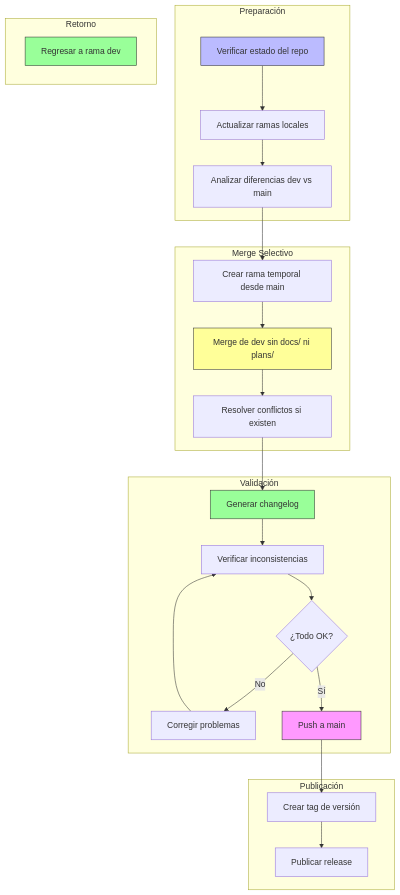
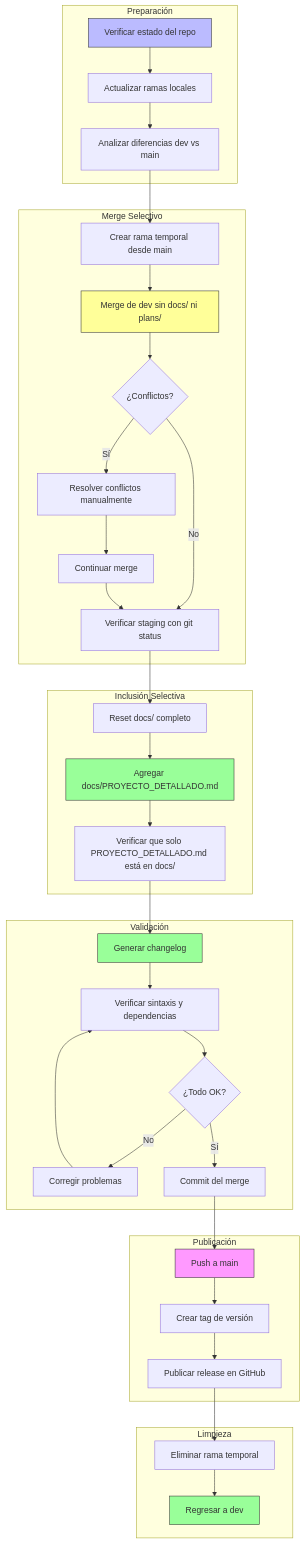
One commit to ersus93/bbalert changed the diagram in plans/merge-dev-to-main-plan.md. Above: the diagram before and after it, drawn with Mermaid. The commit also changed other lines of this file and 4 other files, not shown here.

First line of the commit message:
feat(graf): rewrite chart command with OHLCV generation and timeframe switching

````diff
--- a/plans/merge-dev-to-main-plan.md
+++ b/plans/merge-dev-to-main-plan.md
@@ -45,37 +85,50 @@
 ```mermaid
 flowchart TB
     subgraph Preparación
         A[Verificar estado del repo] --> B[Actualizar ramas locales]
         B --> C[Analizar diferencias dev vs main]
     end
-    
+
     subgraph Merge Selectivo
         C --> D[Crear rama temporal desde main]
         D --> E[Merge de dev sin docs/ ni plans/]
-        E --> F[Resolver conflictos si existen]
-    end
-    
-    subgraph Validación
-        F --> G[Generar changelog]
-        G --> H[Verificar inconsistencias]
-        H --> I{¿Todo OK?}
-        I -->|No| J[Corregir problemas]
-        J --> H
-        I -->|Sí| K[Push a main]
-    end
-    
-    subgraph Publicación
-        K --> L[Crear tag de versión]
-        L --> M[Publicar release]
+        E --> F{¿Conflictos?}
+        F -->|Sí| G[Resolver conflictos manualmente]
+        G --> E2[Continuar merge]
+        F -->|No| H[Verificar staging con git status]
+        E2 --> H
     end
 
-    subgraph Retorno
-        N[Regresar a rama dev]
+    subgraph Inclusión Selectiva
+        H --> I[Reset docs/ completo]
+        I --> J[Agregar docs/PROYECTO_DETALLADO.md]
+        J --> K[Verificar que solo PROYECTO_DETALLADO.md está en docs/]
+    end
+
+    subgraph Validación
+        K --> L[Generar changelog]
+        L --> M[Verificar sintaxis y dependencias]
+        M --> N{¿Todo OK?}
+        N -->|No| O[Corregir problemas]
+        O --> M
+        N -->|Sí| P[Commit del merge]
+    end
+
+    subgraph Publicación
+        P --> Q[Push a main]
+        Q --> R[Crear tag de versión]
+        R --> S[Publicar release en GitHub]
+    end
+
+    subgraph Limpieza
+        S --> T[Eliminar rama temporal]
+        T --> U[Regresar a dev]
     end
 
     style A fill:#bbf,stroke:#333
     style E fill:#ff9,stroke:#333
-    style G fill:#9f9,stroke:#333
-    style K fill:#f9f,stroke:#333
-    style N fill:#9f9,stroke:#333
+    style J fill:#9f9,stroke:#333
+    style L fill:#9f9,stroke:#333
+    style Q fill:#f9f,stroke:#333
+    style U fill:#9f9,stroke:#333
 ```
````
